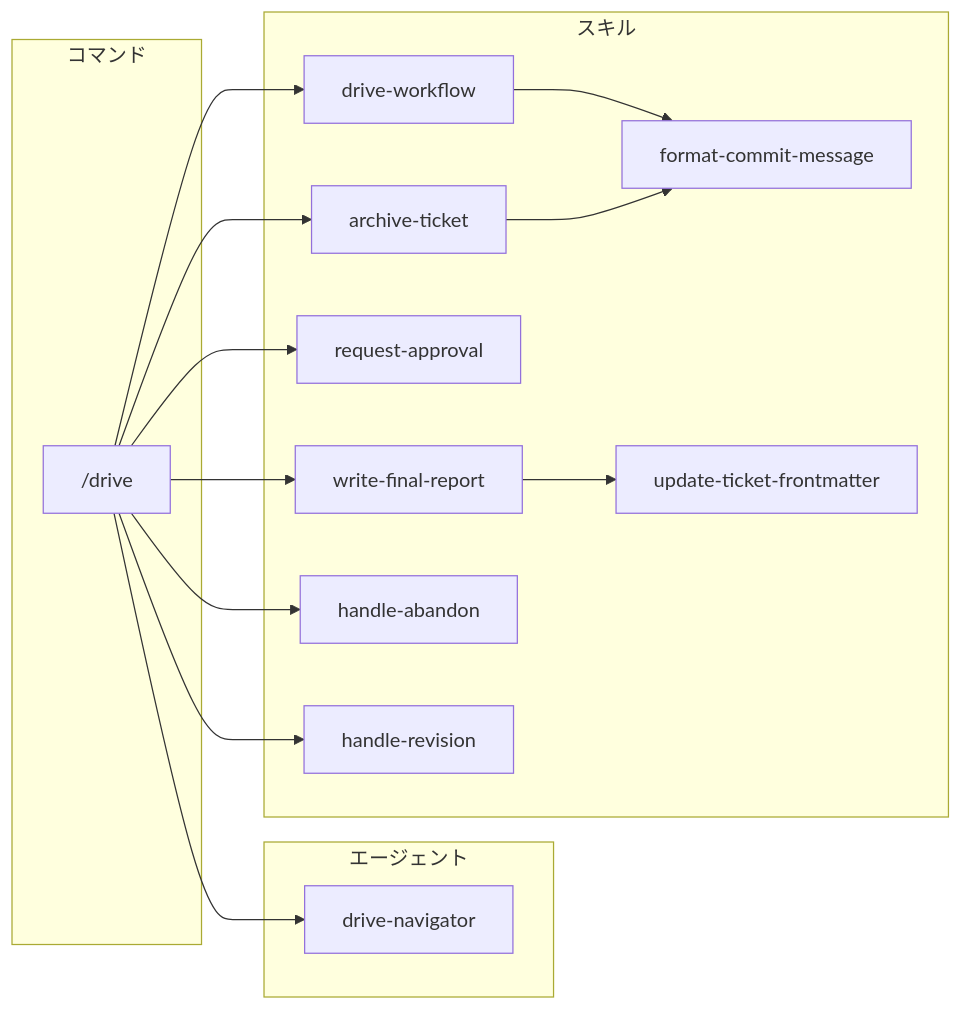
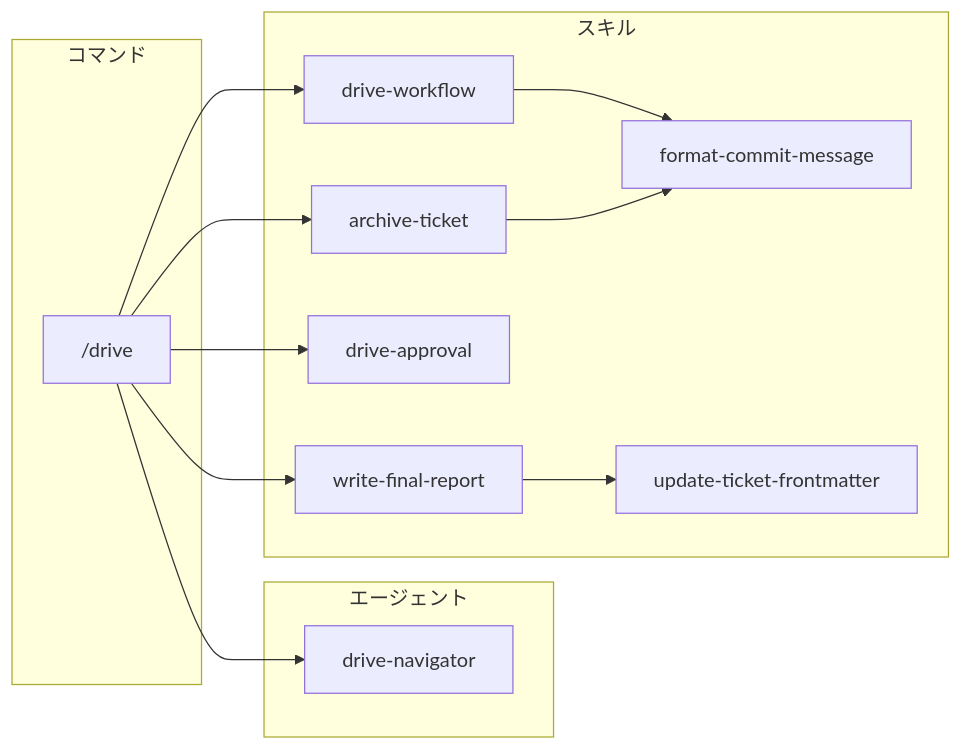
One commit to qmu/workaholic changed the third of 6 diagrams in .workaholic/specs/architecture_ja.md. Above: the diagram before and after it, drawn with Mermaid. The commit also changed other lines of this file and 7 other files, not shown here.

First line of the commit message:
Merge approval flow skills into unified drive-approval

````diff
--- a/.workaholic/specs/architecture_ja.md
+++ b/.workaholic/specs/architecture_ja.md
@@ -211,29 +205,27 @@
 ```mermaid
 flowchart LR
     subgraph コマンド
         drive["/drive"]
     end
 
     subgraph エージェント
         dn[drive-navigator]
     end
 
     subgraph スキル
         dw[drive-workflow]
         at[archive-ticket]
-        ra[request-approval]
+        da[drive-approval]
         wfr[write-final-report]
-        ha[handle-abandon]
-        hr[handle-revision]
         fcm[format-commit-message]
         utf[update-ticket-frontmatter]
     end
 
     drive --> dn
-    drive --> dw & at & ra & wfr & ha & hr
+    drive --> dw & at & da & wfr
 
     %% Skill-to-skill
     dw --> fcm
     at --> fcm
     wfr --> utf
 ```
````
